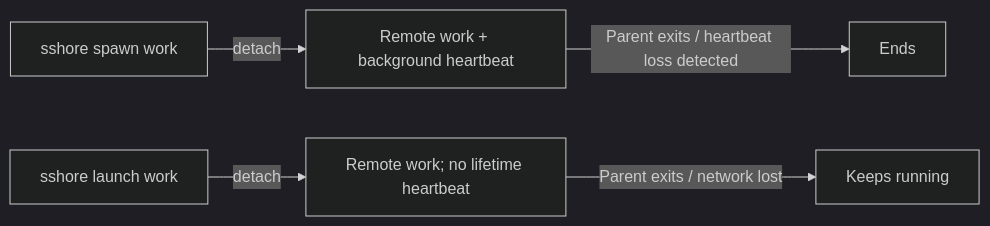
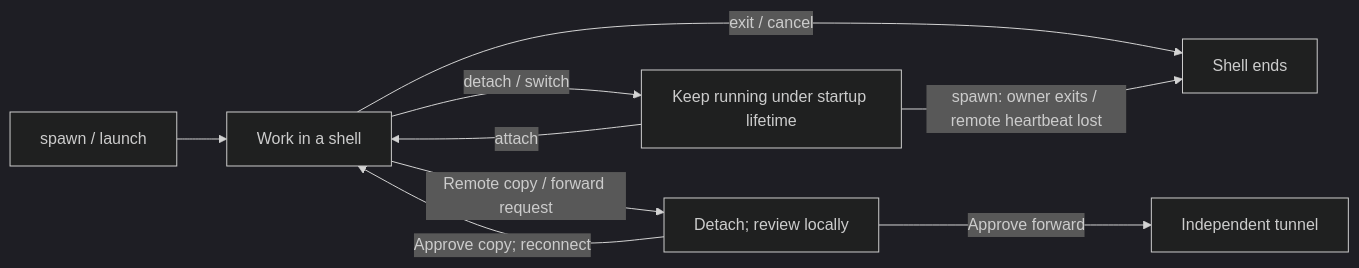
Before and after one commit to jay-waves/sshore: the diagram in README.md, drawn with Mermaid (dark theme). The commit also changed other lines of this file and 1 other file, not shown here.

````diff
--- a/README.md
+++ b/README.md
@@ -152,7 +60,11 @@
 ```mermaid
 flowchart LR
-    spawn["sshore spawn work"] -->|"detach"| temporary["Remote work + background heartbeat"]
-    temporary -->|"Parent exits / heartbeat loss detected"| ended["Ends"]
-    launch["sshore launch work"] -->|"detach"| persistent["Remote work; no lifetime heartbeat"]
-    persistent -->|"Parent exits / network lost"| running["Keeps running"]
+    start["spawn / launch"] --> shell["Work in a shell"]
+    shell -->|"detach / switch"| background["Keep running under startup lifetime"]
+    background -->|"attach"| shell
+    shell -->|"Remote copy / forward request"| review["Detach; review locally"]
+    review -->|"Approve copy; reconnect"| shell
+    review -->|"Approve forward"| tunnel["Independent tunnel"]
+    shell -->|"exit / cancel"| ended["Shell ends"]
+    background -->|"spawn: owner exits / remote heartbeat lost"| ended
 ```
````
